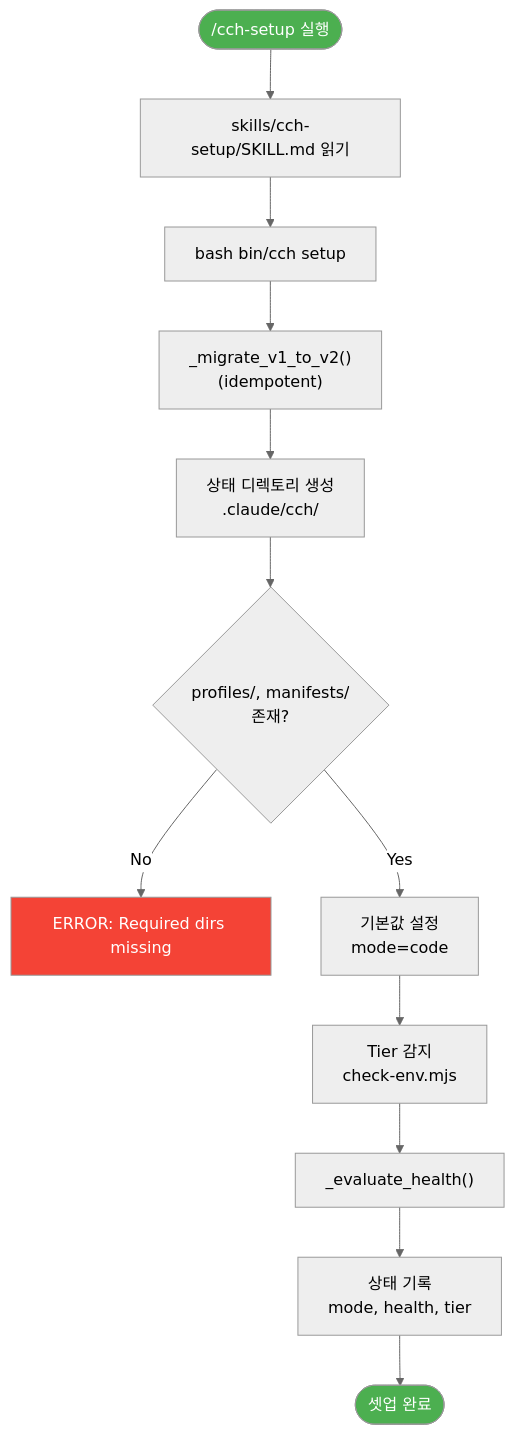
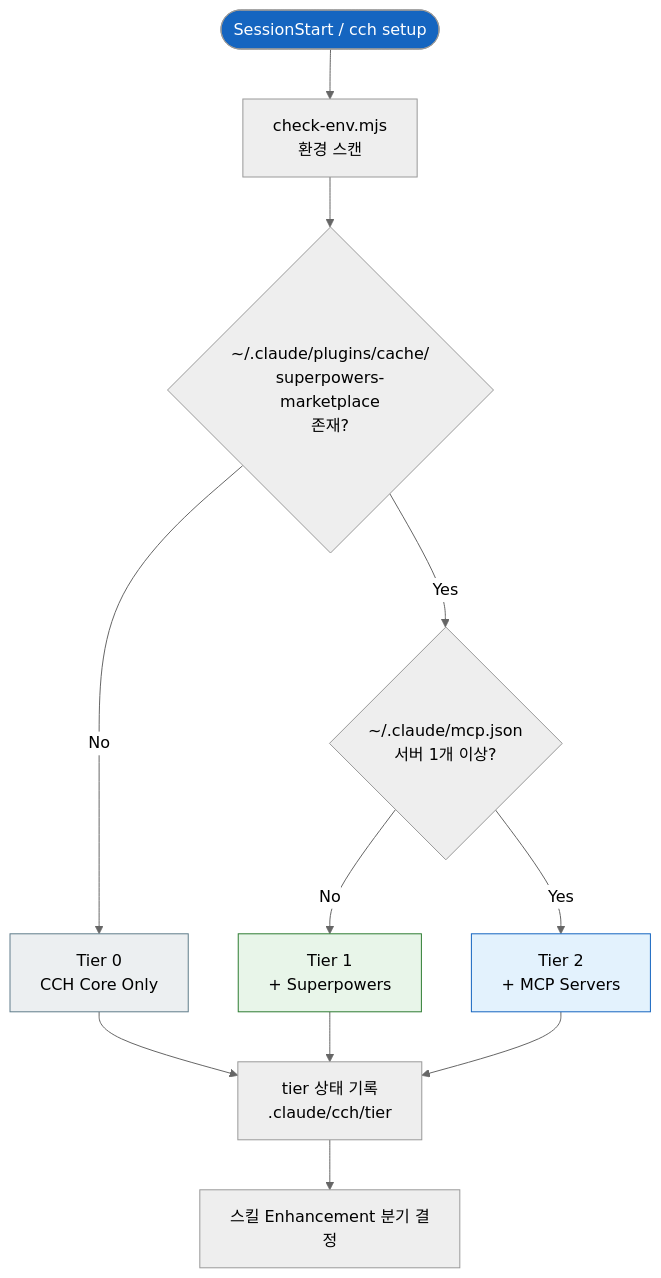
Before and after one commit to skdkfk8758/claude-code-harness: the third of 18 diagrams in docs/diagrams/cch-workflows.md, drawn with Mermaid (neutral theme). The commit also changed other lines of this file and 10 other files, not shown here.

Commit message:
docs: add plan documents and diagrams from current session

````diff
--- a/docs/diagrams/cch-workflows.md
+++ b/docs/diagrams/cch-workflows.md
@@ -101,21 +156,21 @@
 ```mermaid
 flowchart TD
-    START(["/cch-setup 실행"]) --> READ_SKILL["skills/cch-setup/SKILL.md 읽기"]
-    READ_SKILL --> RUN_SETUP["bash bin/cch setup"]
+    START(["SessionStart / cch setup"]) --> SCAN["check-env.mjs<br/>환경 스캔"]
 
-    RUN_SETUP --> MIGRATE["_migrate_v1_to_v2()<br/>(idempotent)"]
-    MIGRATE --> CREATE_DIR["상태 디렉토리 생성<br/>.claude/cch/"]
-    CREATE_DIR --> CHECK_DIRS{"profiles/, manifests/<br/>존재?"}
+    SCAN --> CHK_SP{"~/.claude/plugins/cache/<br/>superpowers-marketplace<br/>존재?"}
+    CHK_SP -->|No| TIER0["Tier 0<br/>CCH Core Only"]
+    CHK_SP -->|Yes| CHK_MCP{"~/.claude/mcp.json<br/>서버 1개 이상?"}
+    CHK_MCP -->|No| TIER1["Tier 1<br/>+ Superpowers"]
+    CHK_MCP -->|Yes| TIER2["Tier 2<br/>+ MCP Servers"]
 
-    CHECK_DIRS -->|No| ERR_DIR["ERROR: Required dirs missing"]
-    CHECK_DIRS -->|Yes| SET_DEFAULTS["기본값 설정<br/>mode=code"]
+    TIER0 --> WRITE["tier 상태 기록<br/>.claude/cch/tier"]
+    TIER1 --> WRITE
+    TIER2 --> WRITE
 
-    SET_DEFAULTS --> CALC_TIER["Tier 감지<br/>check-env.mjs"]
-    CALC_TIER --> EVAL_HEALTH["_evaluate_health()"]
-    EVAL_HEALTH --> WRITE_STATE["상태 기록<br/>mode, health, tier"]
-    WRITE_STATE --> DONE(["셋업 완료"])
+    WRITE --> EFFECT["스킬 Enhancement 분기 결정"]
 
-    style START fill:#4CAF50,color:white
-    style DONE fill:#4CAF50,color:white
-    style ERR_DIR fill:#F44336,color:white
+    style START fill:#1565C0,color:white
+    style TIER0 fill:#ECEFF1,stroke:#607D8B
+    style TIER1 fill:#E8F5E9,stroke:#2E7D32
+    style TIER2 fill:#E3F2FD,stroke:#1565C0
 ```
````
